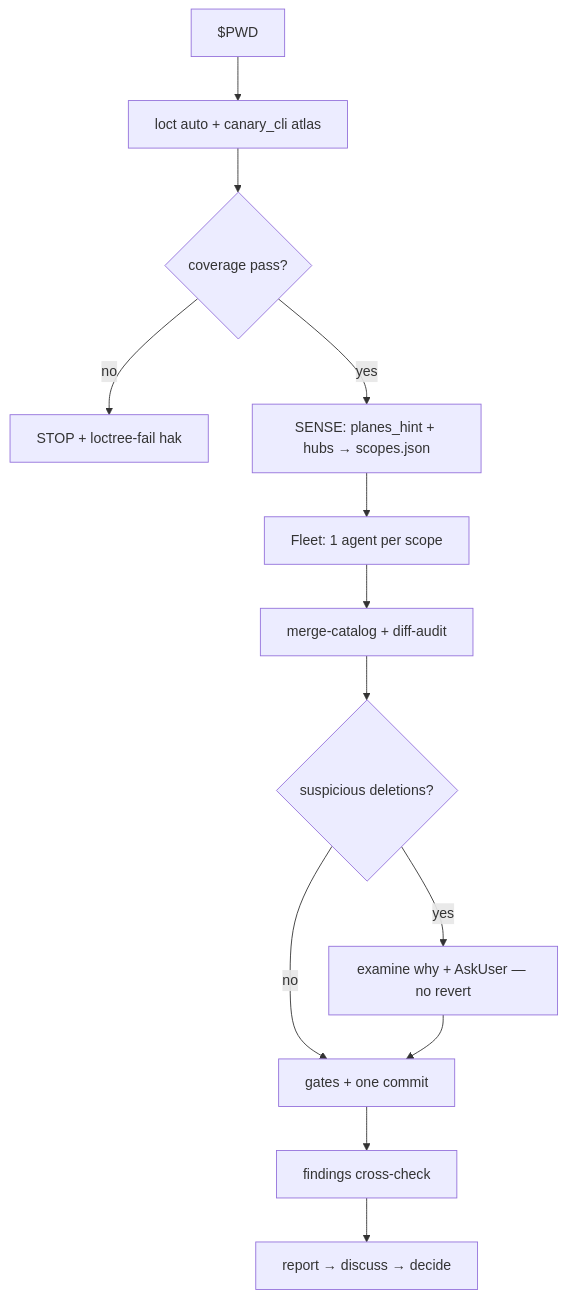
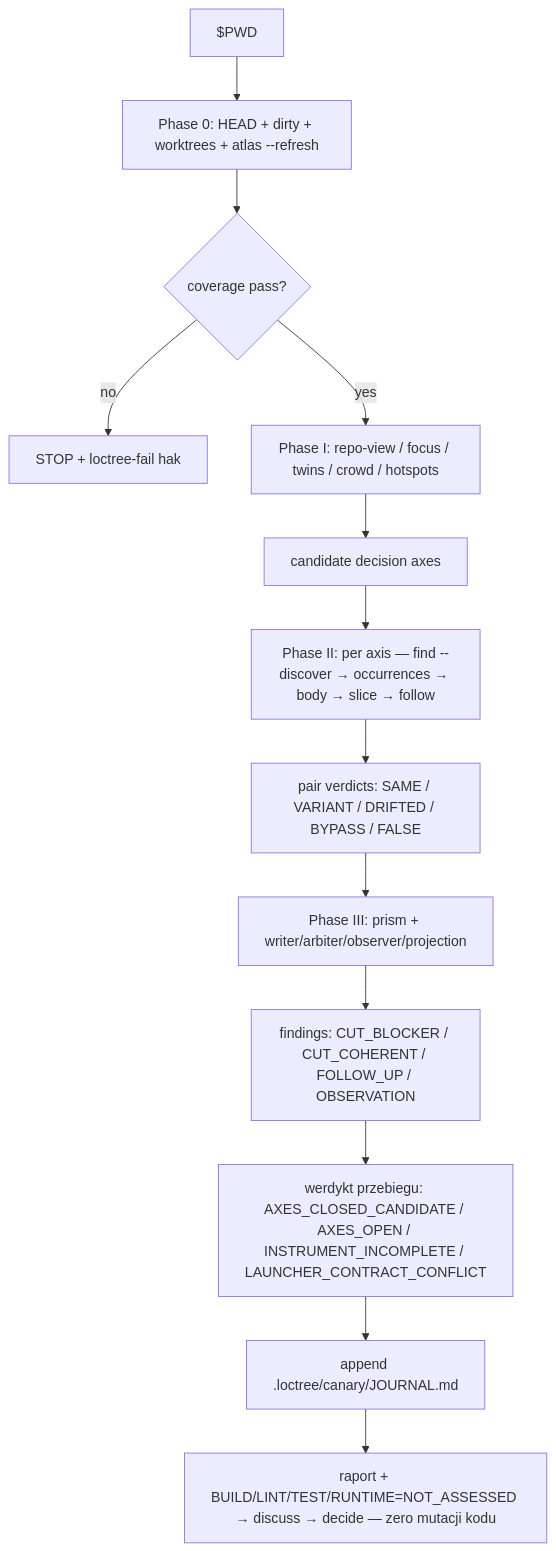
Before and after one commit to vetcoders/vibecrafted: the diagram in vibecrafted-core/vibecrafted_core/skills/pl/vc-canary/FLOW.md, drawn with Mermaid. The commit also changed other lines of this file and 1201 other files, not shown here.

````diff
--- a/vibecrafted-core/vibecrafted_core/skills/pl/vc-canary/FLOW.md
+++ b/vibecrafted-core/vibecrafted_core/skills/pl/vc-canary/FLOW.md
@@ -3,15 +3,15 @@
 ```mermaid
 flowchart TD
-  A[$PWD] --> B[loct auto + canary_cli atlas]
+  A[$PWD] --> B[Phase 0: HEAD + dirty + worktrees + atlas --refresh]
   B --> C{coverage pass?}
   C -->|no| D[STOP + loctree-fail hak]
-  C -->|yes| E[SENSE: planes_hint + hubs → scopes.json]
-  E --> F[Fleet: 1 agent per scope]
-  F --> G[merge-catalog + diff-audit]
-  G --> H{suspicious deletions?}
-  H -->|yes| I[examine why + AskUser — no revert]
-  H -->|no| J[gates + one commit]
-  I --> J
-  J --> K[findings cross-check]
-  K --> L[report → discuss → decide]
+  C -->|yes| E[Phase I: repo-view / focus / twins / crowd / hotspots]
+  E --> F[candidate decision axes]
+  F --> G[Phase II: per axis — find --discover → occurrences → body → slice → follow]
+  G --> H[pair verdicts: SAME / VARIANT / DRIFTED / BYPASS / FALSE]
+  H --> I[Phase III: prism + writer/arbiter/observer/projection]
+  I --> J[findings: CUT_BLOCKER / CUT_COHERENT / FOLLOW_UP / OBSERVATION]
+  J --> V[werdykt przebiegu: AXES_CLOSED_CANDIDATE / AXES_OPEN / INSTRUMENT_INCOMPLETE / LAUNCHER_CONTRACT_CONFLICT]
+  V --> K[append .loctree/canary/JOURNAL.md]
+  K --> L[raport + BUILD/LINT/TEST/RUNTIME=NOT_ASSESSED → discuss → decide — zero mutacji kodu]
 ```
````
